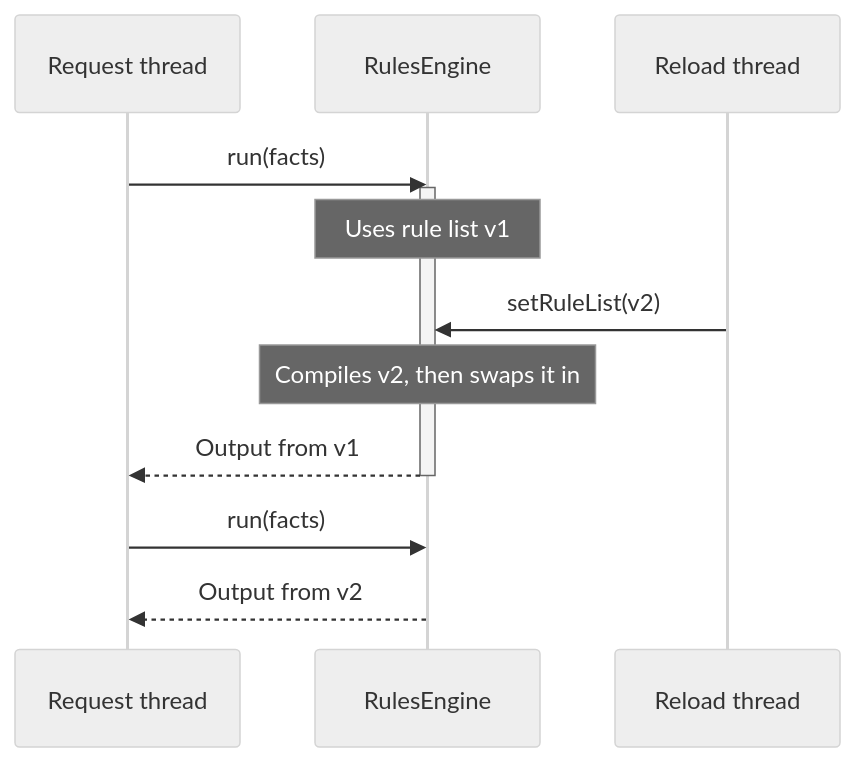
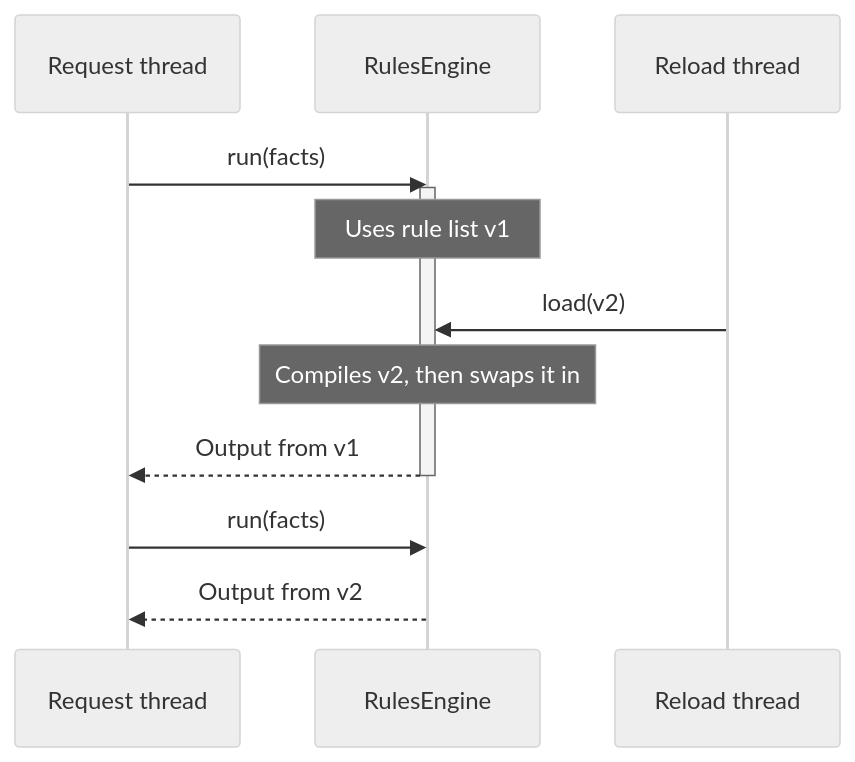
The diagram in docs/thread-safety.md (brantunger/unruly-engine), drawn with Mermaid (neutral theme) before and after one commit. The commit also changed other lines of this file and 112 other files, not shown here.

Commit message:
feat!: configure engines on a builder, choose a default language, and rename stateless, stateful and setRuleList (#324)

````diff
--- a/docs/thread-safety.md
+++ b/docs/thread-safety.md
@@ -29,15 +28,15 @@
 ```mermaid
 sequenceDiagram
     participant A as Request thread
     participant E as RulesEngine
     participant B as Reload thread
     A->>E: run(facts)
     activate E
     Note over E: Uses rule list v1
-    B->>E: setRuleList(v2)
+    B->>E: load(v2)
     Note over E: Compiles v2, then swaps it in
     E-->>A: Output from v1
     deactivate E
     A->>E: run(facts)
     E-->>A: Output from v2
 ```
````
